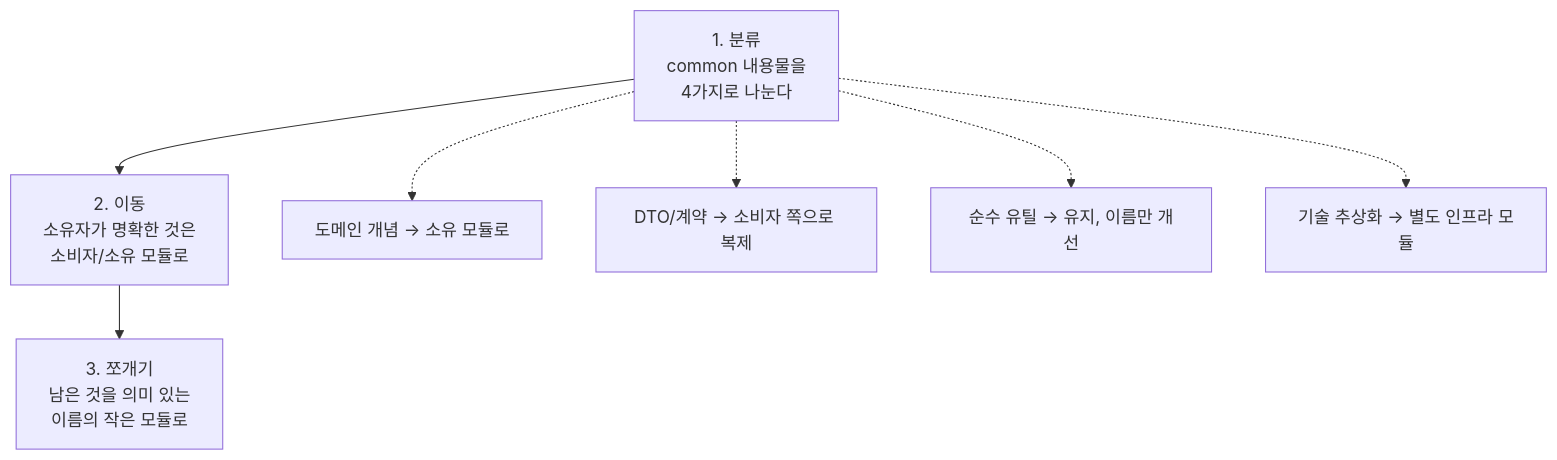
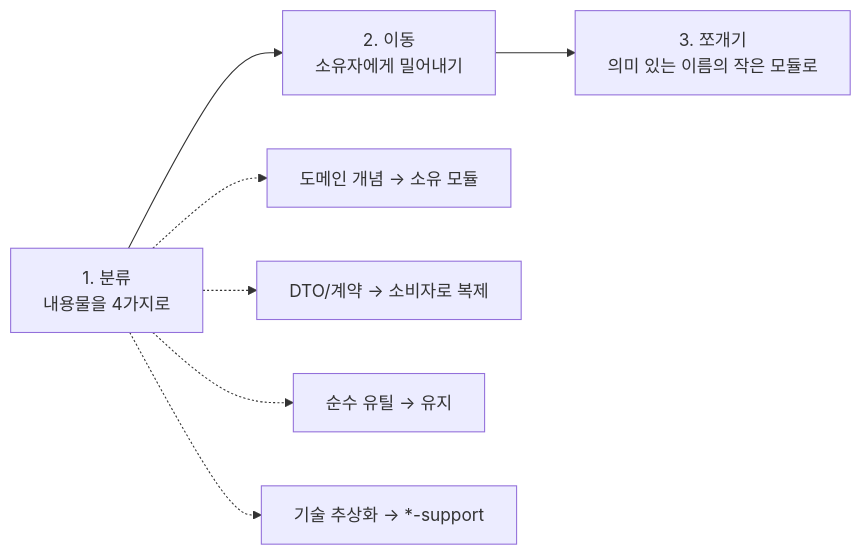
The first of 2 diagrams in MSA/15-common-module-antipattern.md (ktae23/TIL), drawn with Mermaid before and after one commit. The commit also changed other lines of this file and 13 other files, not shown here.

````diff
--- a/MSA/15-common-module-antipattern.md
+++ b/MSA/15-common-module-antipattern.md
@@ -216,16 +181,8 @@
 ```mermaid
-flowchart TB
-    A["1. 분류<br/>common 내용물을<br/>4가지로 나눈다"]
-    B["2. 이동<br/>소유자가 명확한 것은<br/>소비자/소유 모듈로"]
-    C["3. 쪼개기<br/>남은 것을 의미 있는<br/>이름의 작은 모듈로"]
-    A --> B --> C
-
-    A1["도메인 개념 → 소유 모듈로"]
-    A2["DTO/계약 → 소비자 쪽으로 복제"]
-    A3["순수 유틸 → 유지, 이름만 개선"]
-    A4["기술 추상화 → 별도 인프라 모듈"]
-    A -.-> A1
-    A -.-> A2
-    A -.-> A3
-    A -.-> A4
+flowchart LR
+    A["1. 분류<br/>내용물을 4가지로"] --> B["2. 이동<br/>소유자에게 밀어내기"] --> C["3. 쪼개기<br/>의미 있는 이름의 작은 모듈로"]
+    A -.-> A1["도메인 개념 → 소유 모듈"]
+    A -.-> A2["DTO/계약 → 소비자로 복제"]
+    A -.-> A3["순수 유틸 → 유지"]
+    A -.-> A4["기술 추상화 → *-support"]
 ```
````
